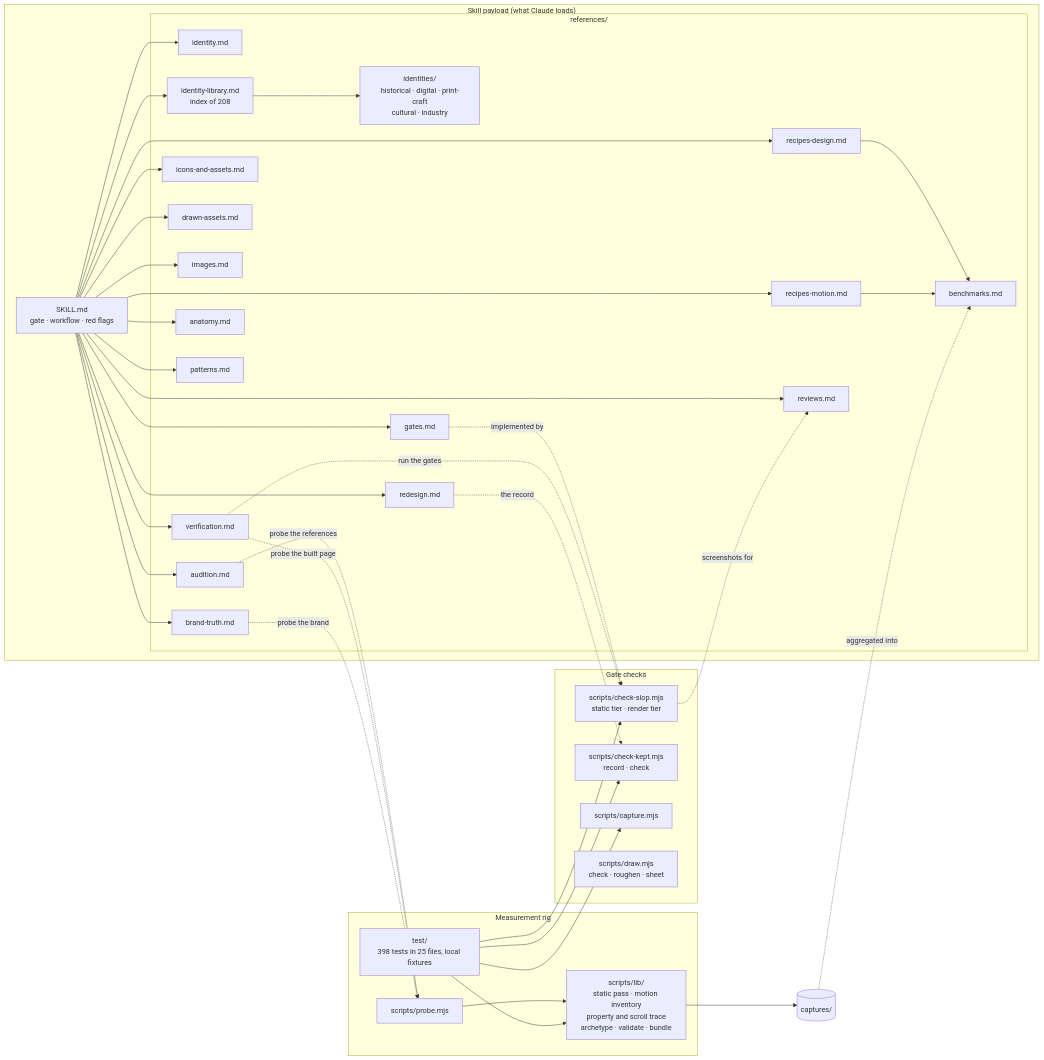
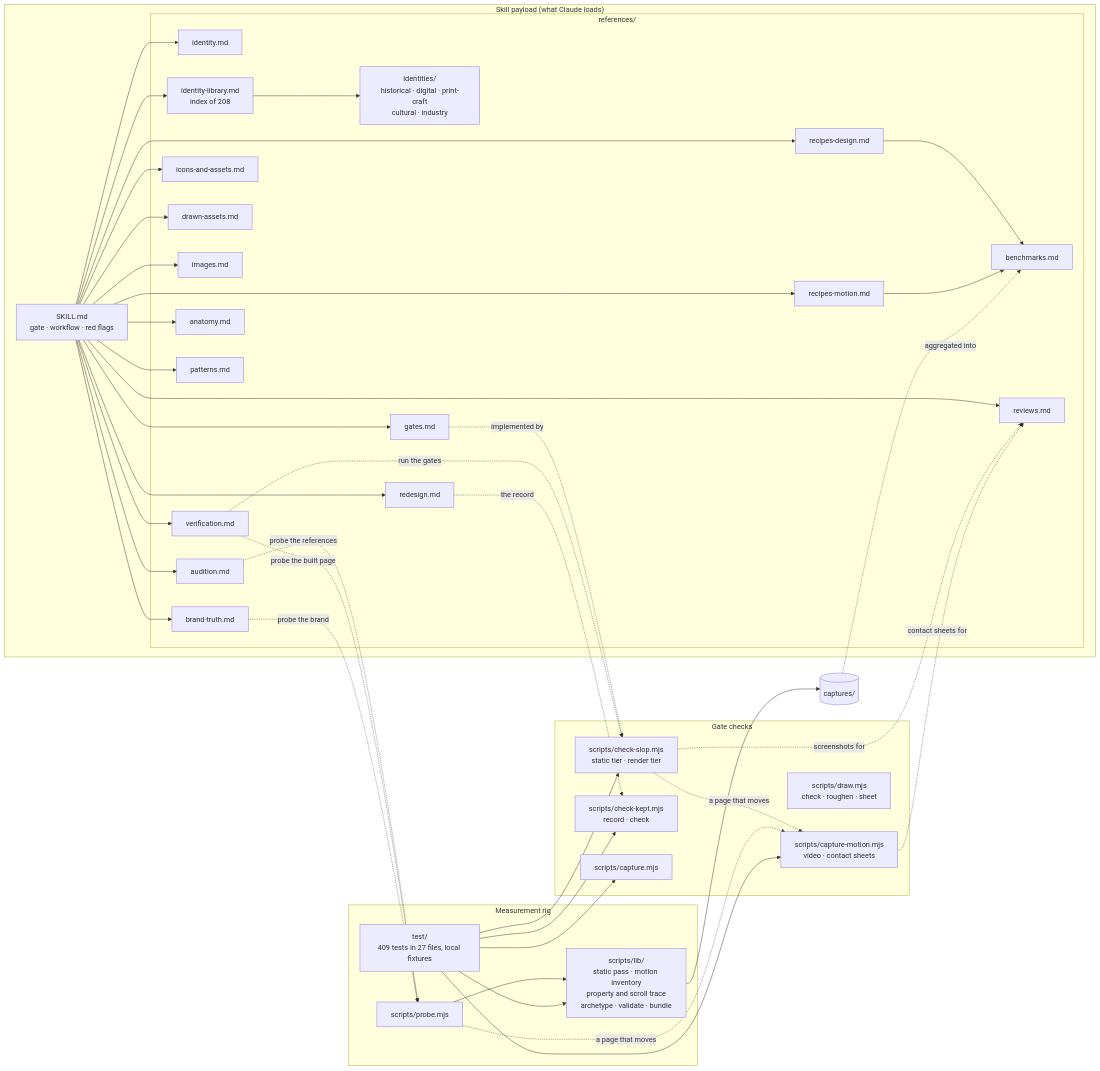
One commit to jounimn/df-design changed the second of 2 diagrams in README.md. Above: the diagram before and after it, drawn with Mermaid. The commit also changed other lines of this file and 21 other files, not shown here.

First line of the commit message:
feat: motion capture, a video driven to the end and its contact sheets

````diff
--- a/README.md
+++ b/README.md
@@ -179,50 +179,53 @@
 ```mermaid
 flowchart LR
     subgraph Skill["Skill payload (what Claude loads)"]
         SK["SKILL.md<br/>gate · workflow · red flags"]
         subgraph Refs["references/"]
             ID["identity.md"]
             AUD["audition.md"]
             LIB["identity-library.md<br/>index of 208"]
             FAM["identities/<br/>historical · digital · print-craft<br/>cultural · industry"]
             RD["recipes-design.md"]
             RM["recipes-motion.md"]
             IC["icons-and-assets.md"]
             DRA["drawn-assets.md"]
             IMG["images.md"]
             VER["verification.md"]
             BEN["benchmarks.md"]
             ANA["anatomy.md"]
             GAT["gates.md"]
             PAT["patterns.md"]
             REV["reviews.md"]
             RED["redesign.md"]
             BRT["brand-truth.md"]
         end
     end
     subgraph Rig["Measurement rig"]
         PRB["scripts/probe.mjs"]
         LIBS["scripts/lib/<br/>static pass · motion inventory<br/>property and scroll trace<br/>archetype · validate · bundle"]
-        TST["test/<br/>398 tests in 25 files, local fixtures"]
+        TST["test/<br/>409 tests in 27 files, local fixtures"]
     end
     subgraph Gates["Gate checks"]
         CSL["scripts/check-slop.mjs<br/>static tier · render tier"]
         CKP["scripts/check-kept.mjs<br/>record · check"]
         CPT["scripts/capture.mjs"]
+        CMO["scripts/capture-motion.mjs<br/>video · contact sheets"]
         DRW["scripts/draw.mjs<br/>check · roughen · sheet"]
     end
     SK --> ID & AUD & LIB & RD & RM & IC & DRA & IMG & VER & ANA & GAT & PAT & REV & RED & BRT
     LIB --> FAM
     RD & RM --> BEN
     PRB --> LIBS
     LIBS --> CAP[("captures/")]
     CAP -. "aggregated into" .-> BEN
     AUD -. "probe the references" .-> PRB
     VER -. "probe the built page" .-> PRB
     GAT -. "implemented by" .-> CSL
     VER -. "run the gates" .-> CSL
     RED -. "the record" .-> CKP
     BRT -. "probe the brand" .-> PRB
     CSL -. "screenshots for" .-> REV
-    TST --> LIBS & CSL & CKP & CPT
+    CSL & PRB -. "a page that moves" .-> CMO
+    CMO -. "contact sheets for" .-> REV
+    TST --> LIBS & CSL & CKP & CPT & CMO
 ```
````
